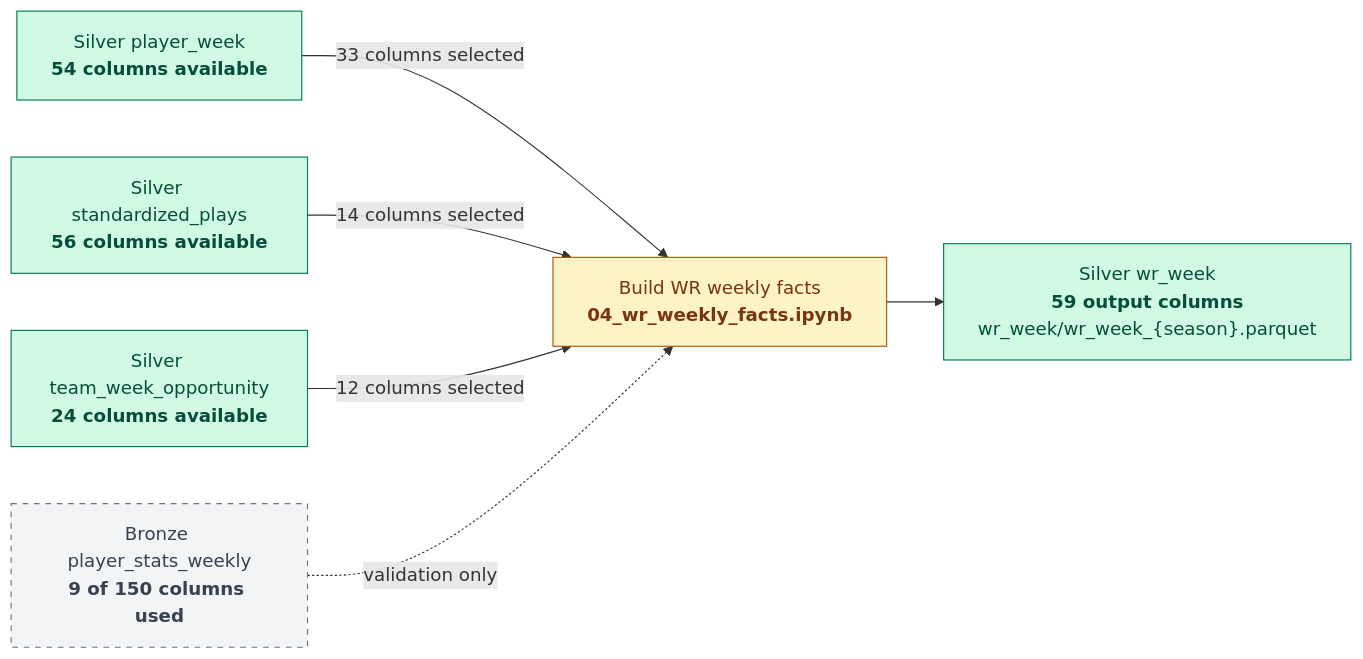
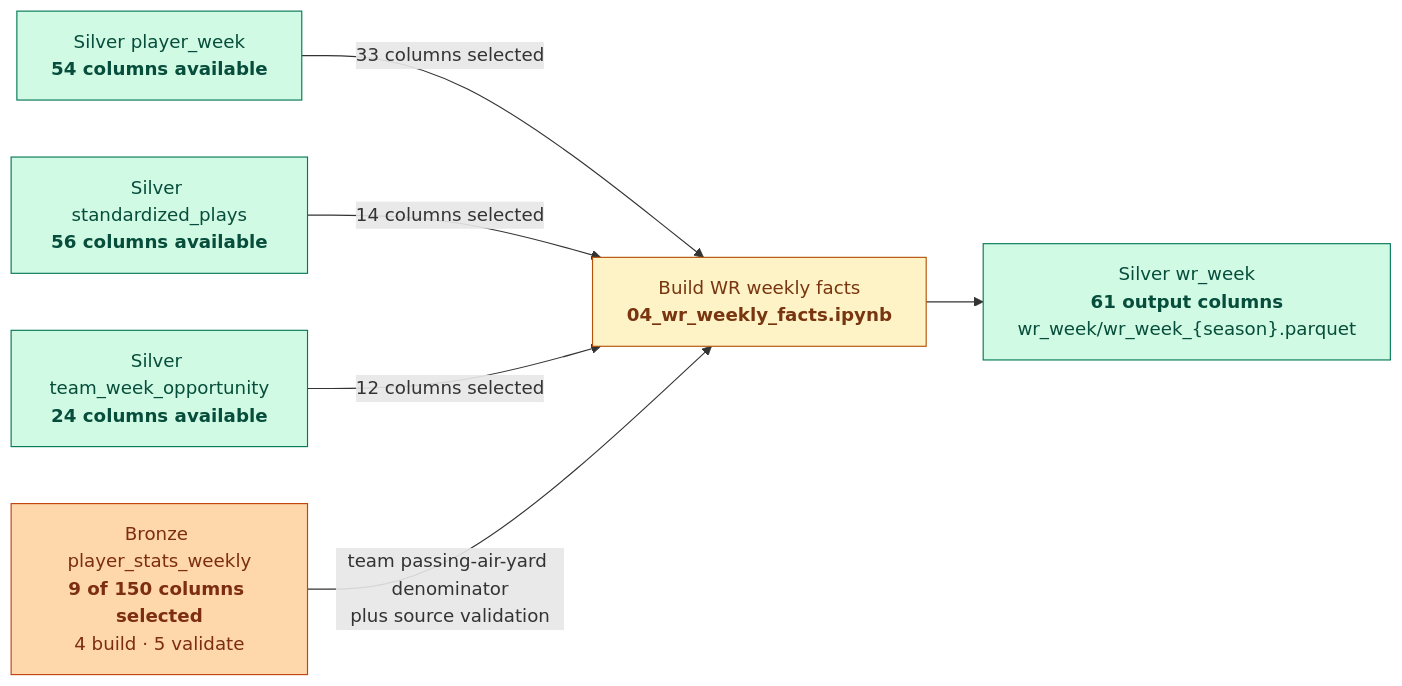
Before and after one commit to ddarby15/nfl-dream-lab-app: the fourth of 9 diagrams in docs/schema-evolution.md, drawn with Mermaid. The commit also changed other lines of this file and 8 other files, not shown here.

````diff
--- a/docs/schema-evolution.md
+++ b/docs/schema-evolution.md
@@ -151,25 +151,25 @@
 ```mermaid
 flowchart LR
     S_WEEK["Silver player_week<br/><b>54 columns available</b>"]
     S_PLAYS["Silver standardized_plays<br/><b>56 columns available</b>"]
     S_TEAM["Silver team_week_opportunity<br/><b>24 columns available</b>"]
-    V_STATS["Bronze player_stats_weekly<br/><b>9 of 150 columns used</b>"]
+    B_STATS["Bronze player_stats_weekly<br/><b>9 of 150 columns selected</b><br/>4 build · 5 validate"]
 
     X_WR["Build WR weekly facts<br/><b>04_wr_weekly_facts.ipynb</b>"]
-    S_WR["Silver wr_week<br/><b>59 output columns</b><br/>wr_week/wr_week_{season}.parquet"]
+    S_WR["Silver wr_week<br/><b>61 output columns</b><br/>wr_week/wr_week_{season}.parquet"]
 
     S_WEEK -->|33 columns selected| X_WR
     S_PLAYS -->|14 columns selected| X_WR
     S_TEAM -->|12 columns selected| X_WR
-    V_STATS -.->|validation only| X_WR
+    B_STATS -->|team passing-air-yard denominator<br/>plus source validation| X_WR
     X_WR --> S_WR
 
     classDef bronze fill:#fed7aa,stroke:#c2410c,color:#7c2d12;
     classDef validation fill:#f3f4f6,stroke:#6b7280,color:#374151,stroke-dasharray:5 5;
     classDef step fill:#fef3c7,stroke:#b45309,color:#78350f;
     classDef silver fill:#d1fae5,stroke:#047857,color:#064e3b;
 
     class S_WEEK,S_PLAYS,S_TEAM,S_WR silver;
-    class V_STATS validation;
+    class B_STATS bronze;
     class X_WR step;
 ```
````
